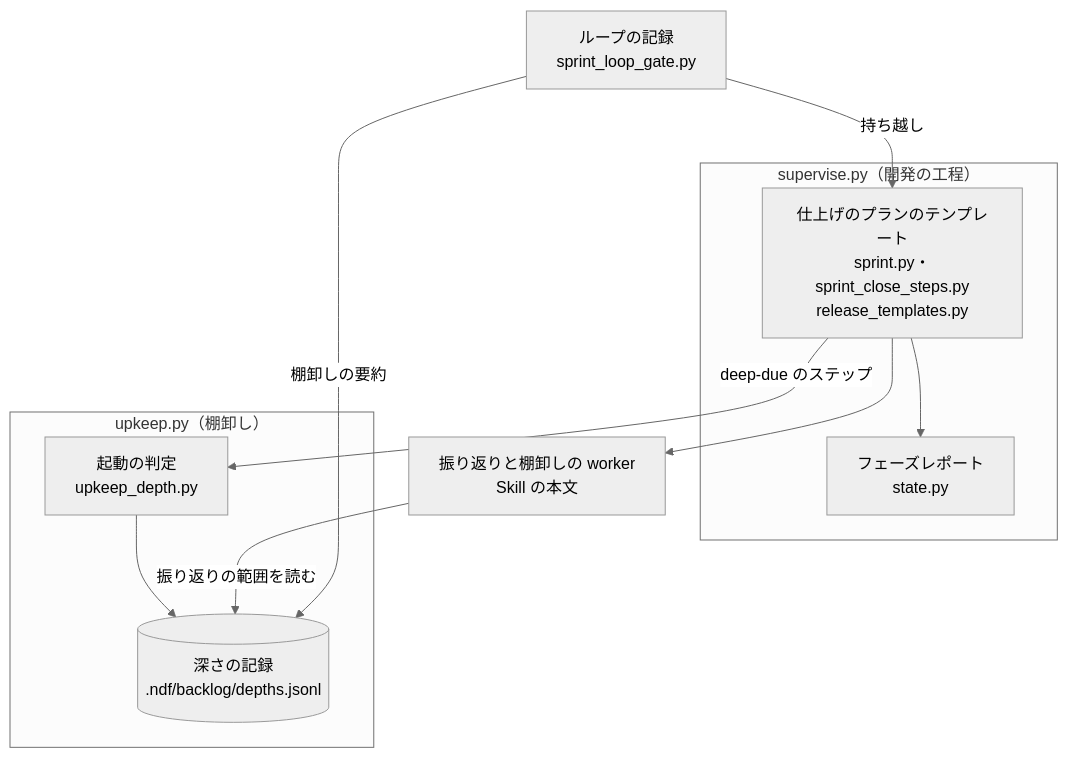
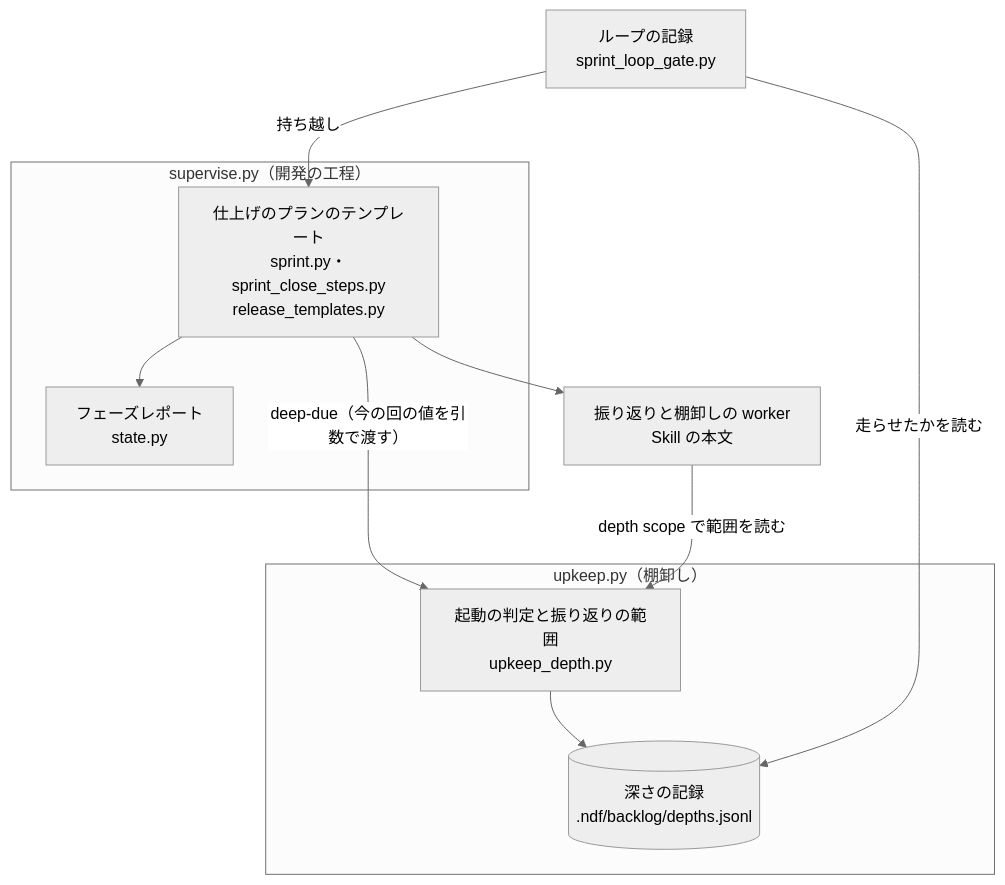
One commit to devbasex/ai-plugins changed the first of 2 diagrams in issues/issue-2914-design.md. Above: the diagram before and after it, drawn with Mermaid (neutral theme). The commit also changed other lines of this file and 2 other files, not shown here.

````diff
--- a/issues/issue-2914-design.md
+++ b/issues/issue-2914-design.md
@@ -227,20 +239,20 @@
 ```mermaid
 graph TD
   subgraph supervise["supervise.py（開発の工程）"]
     plan["仕上げのプランのテンプレート<br/>sprint.py・sprint_close_steps.py<br/>release_templates.py"]
     report["フェーズレポート<br/>state.py"]
   end
   subgraph upkeep["upkeep.py（棚卸し）"]
-    due["起動の判定<br/>upkeep_depth.py"]
+    due["起動の判定と振り返りの範囲<br/>upkeep_depth.py"]
     rec[("深さの記録<br/>.ndf/backlog/depths.jsonl")]
   end
   loop["ループの記録<br/>sprint_loop_gate.py"]
   worker["振り返りと棚卸しの worker<br/>Skill の本文"]
-  plan -->|"deep-due のステップ"| due
+  plan -->|"deep-due（今の回の値を引数で渡す）"| due
   due --> rec
   plan --> worker
-  worker -->|"振り返りの範囲を読む"| rec
+  worker -->|"depth scope で範囲を読む"| due
   plan --> report
   loop -->|"持ち越し"| plan
-  loop -->|"棚卸しの要約"| rec
+  loop -->|"走らせたかを読む"| rec
 ```
````
